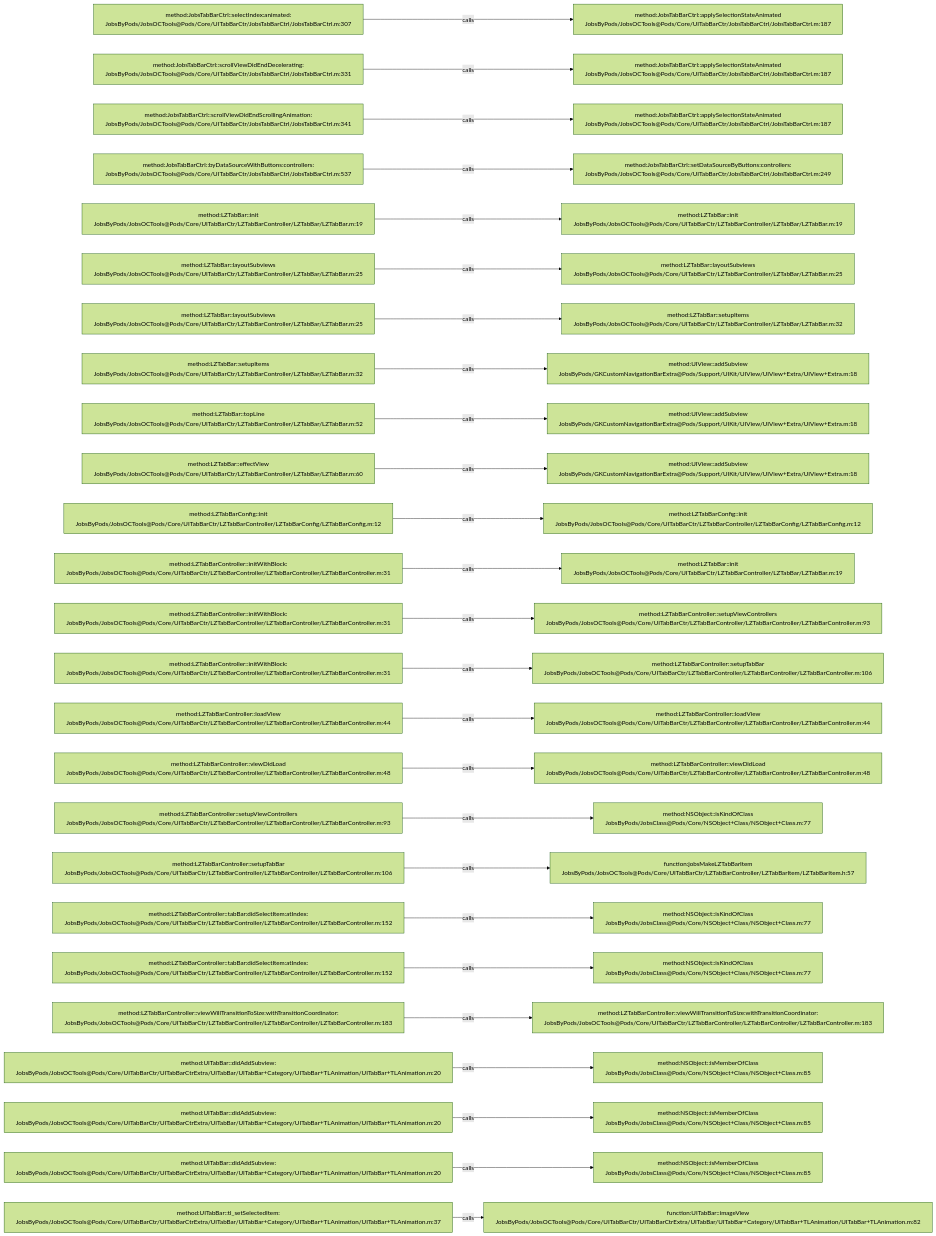
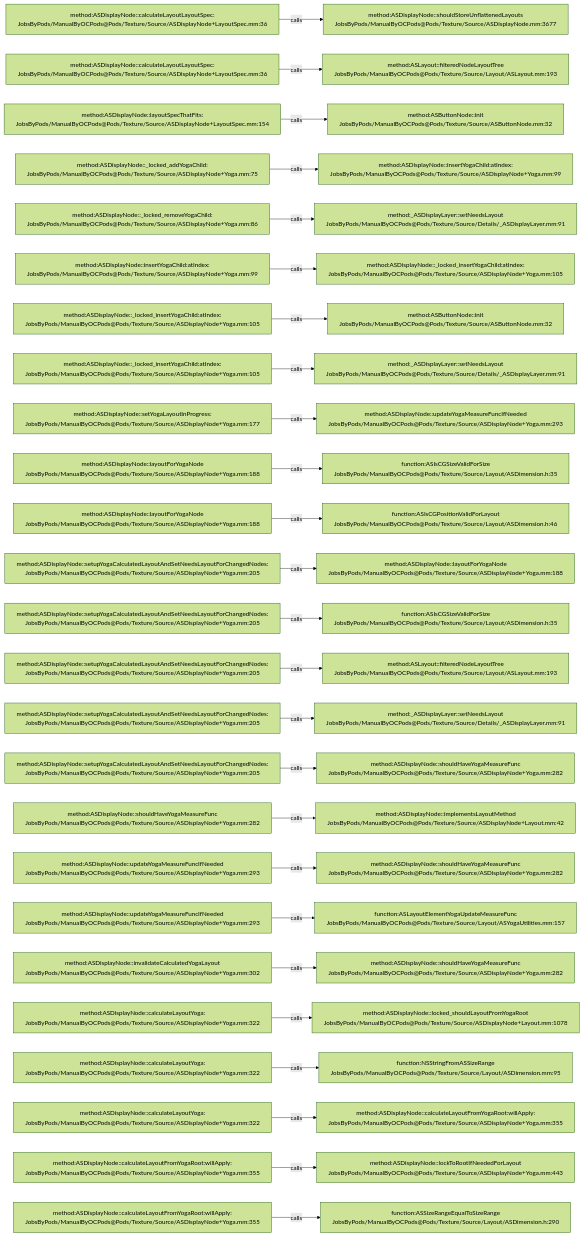
Before and after one commit to JobsKits/JobsOCBaseConfigDemo: the diagram in .codegraph/codegraph.md/graphs/calls-102.md, drawn with Mermaid (forest theme). The commit also changed 2162 other files, not shown here.

````diff
--- a/.codegraph/codegraph.md/graphs/calls-102.md
+++ b/.codegraph/codegraph.md/graphs/calls-102.md
@@ -13,78 +13,78 @@
 ```mermaid
 flowchart LR
-  S1["method:JobsTabBarCtrl::selectIndex:animated:<br/>JobsByPods/JobsOCTools@Pods/Core/UITabBarCtr/JobsTabBarCtrl/JobsTabBarCtrl.m:307"]
-  T1["method:JobsTabBarCtrl::applySelectionStateAnimated<br/>JobsByPods/JobsOCTools@Pods/Core/UITabBarCtr/JobsTabBarCtrl/JobsTabBarCtrl.m:187"]
+  S1["method:ASDisplayNode::calculateLayoutLayoutSpec:<br/>JobsByPods/ManualByOCPods@Pods/Texture/Source/ASDisplayNode+LayoutSpec.mm:36"]
+  T1["method:ASDisplayNode::shouldStoreUnflattenedLayouts<br/>JobsByPods/ManualByOCPods@Pods/Texture/Source/ASDisplayNode.mm:3677"]
   S1 -->|calls| T1
-  S2["method:JobsTabBarCtrl::scrollViewDidEndDecelerating:<br/>JobsByPods/JobsOCTools@Pods/Core/UITabBarCtr/JobsTabBarCtrl/JobsTabBarCtrl.m:331"]
-  T2["method:JobsTabBarCtrl::applySelectionStateAnimated<br/>JobsByPods/JobsOCTools@Pods/Core/UITabBarCtr/JobsTabBarCtrl/JobsTabBarCtrl.m:187"]
+  S2["method:ASDisplayNode::calculateLayoutLayoutSpec:<br/>JobsByPods/ManualByOCPods@Pods/Texture/Source/ASDisplayNode+LayoutSpec.mm:36"]
+  T2["method:ASLayout::filteredNodeLayoutTree<br/>JobsByPods/ManualByOCPods@Pods/Texture/Source/Layout/ASLayout.mm:193"]
   S2 -->|calls| T2
-  S3["method:JobsTabBarCtrl::scrollViewDidEndScrollingAnimation:<br/>JobsByPods/JobsOCTools@Pods/Core/UITabBarCtr/JobsTabBarCtrl/JobsTabBarCtrl.m:341"]
-  T3["method:JobsTabBarCtrl::applySelectionStateAnimated<br/>JobsByPods/JobsOCTools@Pods/Core/UITabBarCtr/JobsTabBarCtrl/JobsTabBarCtrl.m:187"]
+  S3["method:ASDisplayNode::layoutSpecThatFits:<br/>JobsByPods/ManualByOCPods@Pods/Texture/Source/ASDisplayNode+LayoutSpec.mm:154"]
+  T3["method:ASButtonNode::init<br/>JobsByPods/ManualByOCPods@Pods/Texture/Source/ASButtonNode.mm:32"]
   S3 -->|calls| T3
-  S4["method:JobsTabBarCtrl::byDataSourceWithButtons:controllers:<br/>JobsByPods/JobsOCTools@Pods/Core/UITabBarCtr/JobsTabBarCtrl/JobsTabBarCtrl.m:537"]
-  T4["method:JobsTabBarCtrl::setDataSourceByButtons:controllers:<br/>JobsByPods/JobsOCTools@Pods/Core/UITabBarCtr/JobsTabBarCtrl/JobsTabBarCtrl.m:249"]
+  S4["method:ASDisplayNode::_locked_addYogaChild:<br/>JobsByPods/ManualByOCPods@Pods/Texture/Source/ASDisplayNode+Yoga.mm:75"]
+  T4["method:ASDisplayNode::insertYogaChild:atIndex:<br/>JobsByPods/ManualByOCPods@Pods/Texture/Source/ASDisplayNode+Yoga.mm:99"]
   S4 -->|calls| T4
-  S5["method:LZTabBar::init<br/>JobsByPods/JobsOCTools@Pods/Core/UITabBarCtr/LZTabBarController/LZTabBar/LZTabBar.m:19"]
-  T5["method:LZTabBar::init<br/>JobsByPods/JobsOCTools@Pods/Core/UITabBarCtr/LZTabBarController/LZTabBar/LZTabBar.m:19"]
+  S5["method:ASDisplayNode::_locked_removeYogaChild:<br/>JobsByPods/ManualByOCPods@Pods/Texture/Source/ASDisplayNode+Yoga.mm:86"]
+  T5["method:_ASDisplayLayer::setNeedsLayout<br/>JobsByPods/ManualByOCPods@Pods/Texture/Source/Details/_ASDisplayLayer.mm:91"]
   S5 -->|calls| T5
-  S6["method:LZTabBar::layoutSubviews<br/>JobsByPods/JobsOCTools@Pods/Core/UITabBarCtr/LZTabBarController/LZTabBar/LZTabBar.m:25"]
-  T6["method:LZTabBar::layoutSubviews<br/>JobsByPods/JobsOCTools@Pods/Core/UITabBarCtr/LZTabBarController/LZTabBar/LZTabBar.m:25"]
+  S6["method:ASDisplayNode::insertYogaChild:atIndex:<br/>JobsByPods/ManualByOCPods@Pods/Texture/Source/ASDisplayNode+Yoga.mm:99"]
+  T6["method:ASDisplayNode::_locked_insertYogaChild:atIndex:<br/>JobsByPods/ManualByOCPods@Pods/Texture/Source/ASDisplayNode+Yoga.mm:105"]
   S6 -->|calls| T6
-  S7["method:LZTabBar::layoutSubviews<br/>JobsByPods/JobsOCTools@Pods/Core/UITabBarCtr/LZTabBarController/LZTabBar/LZTabBar.m:25"]
-  T7["method:LZTabBar::setupItems<br/>JobsByPods/JobsOCTools@Pods/Core/UITabBarCtr/LZTabBarController/LZTabBar/LZTabBar.m:32"]
+  S7["method:ASDisplayNode::_locked_insertYogaChild:atIndex:<br/>JobsByPods/ManualByOCPods@Pods/Texture/Source/ASDisplayNode+Yoga.mm:105"]
+  T7["method:ASButtonNode::init<br/>JobsByPods/ManualByOCPods@Pods/Texture/Source/ASButtonNode.mm:32"]
   S7 -->|calls| T7
-  S8["method:LZTabBar::setupItems<br/>JobsByPods/JobsOCTools@Pods/Core/UITabBarCtr/LZTabBarController/LZTabBar/LZTabBar.m:32"]
-  T8["method:UIView::addSubview<br/>JobsByPods/GKCustomNavigationBarExtra@Pods/Support/UIKit/UIView/UIView+Extra/UIView+Extra.m:18"]
+  S8["method:ASDisplayNode::_locked_insertYogaChild:atIndex:<br/>JobsByPods/ManualByOCPods@Pods/Texture/Source/ASDisplayNode+Yoga.mm:105"]
+  T8["method:_ASDisplayLayer::setNeedsLayout<br/>JobsByPods/ManualByOCPods@Pods/Texture/Source/Details/_ASDisplayLayer.mm:91"]
   S8 -->|calls| T8
-  S9["method:LZTabBar::topLine<br/>JobsByPods/JobsOCTools@Pods/Core/UITabBarCtr/LZTabBarController/LZTabBar/LZTabBar.m:52"]
-  T9["method:UIView::addSubview<br/>JobsByPods/GKCustomNavigationBarExtra@Pods/Support/UIKit/UIView/UIView+Extra/UIView+Extra.m:18"]
+  S9["method:ASDisplayNode::setYogaLayoutInProgress:<br/>JobsByPods/ManualByOCPods@Pods/Texture/Source/ASDisplayNode+Yoga.mm:177"]
+  T9["method:ASDisplayNode::updateYogaMeasureFuncIfNeeded<br/>JobsByPods/ManualByOCPods@Pods/Texture/Source/ASDisplayNode+Yoga.mm:293"]
   S9 -->|calls| T9
-  S10["method:LZTabBar::effectView<br/>JobsByPods/JobsOCTools@Pods/Core/UITabBarCtr/LZTabBarController/LZTabBar/LZTabBar.m:60"]
-  T10["method:UIView::addSubview<br/>JobsByPods/GKCustomNavigationBarExtra@Pods/Support/UIKit/UIView/UIView+Extra/UIView+Extra.m:18"]
+  S10["method:ASDisplayNode::layoutForYogaNode<br/>JobsByPods/ManualByOCPods@Pods/Texture/Source/ASDisplayNode+Yoga.mm:188"]
+  T10["function:ASIsCGSizeValidForSize<br/>JobsByPods/ManualByOCPods@Pods/Texture/Source/Layout/ASDimension.h:35"]
   S10 -->|calls| T10
-  S11["method:LZTabBarConfig::init<br/>JobsByPods/JobsOCTools@Pods/Core/UITabBarCtr/LZTabBarController/LZTabBarConfig/LZTabBarConfig.m:12"]
-  T11["method:LZTabBarConfig::init<br/>JobsByPods/JobsOCTools@Pods/Core/UITabBarCtr/LZTabBarController/LZTabBarConfig/LZTabBarConfig.m:12"]
+  S11["method:ASDisplayNode::layoutForYogaNode<br/>JobsByPods/ManualByOCPods@Pods/Texture/Source/ASDisplayNode+Yoga.mm:188"]
+  T11["function:ASIsCGPositionValidForLayout<br/>JobsByPods/ManualByOCPods@Pods/Texture/Source/Layout/ASDimension.h:46"]
   S11 -->|calls| T11
-  S12["method:LZTabBarController::initWithBlock:<br/>JobsByPods/JobsOCTools@Pods/Core/UITabBarCtr/LZTabBarController/LZTabBarController/LZTabBarController.m:31"]
-  T12["method:LZTabBar::init<br/>JobsByPods/JobsOCTools@Pods/Core/UITabBarCtr/LZTabBarController/LZTabBar/LZTabBar.m:19"]
+  S12["method:ASDisplayNode::setupYogaCalculatedLayoutAndSetNeedsLayoutForChangedNodes:<br/>JobsByPods/ManualByOCPods@Pods/Texture/Source/ASDisplayNode+Yoga.mm:205"]
+  T12["method:ASDisplayNode::layoutForYogaNode<br/>JobsByPods/ManualByOCPods@Pods/Texture/Source/ASDisplayNode+Yoga.mm:188"]
   S12 -->|calls| T12
-  S13["method:LZTabBarController::initWithBlock:<br/>JobsByPods/JobsOCTools@Pods/Core/UITabBarCtr/LZTabBarController/LZTabBarController/LZTabBarController.m:31"]
-  T13["method:LZTabBarController::setupViewControllers<br/>JobsByPods/JobsOCTools@Pods/Core/UITabBarCtr/LZTabBarController/LZTabBarController/LZTabBarController.m:93"]
+  S13["method:ASDisplayNode::setupYogaCalculatedLayoutAndSetNeedsLayoutForChangedNodes:<br/>JobsByPods/ManualByOCPods@Pods/Texture/Source/ASDisplayNode+Yoga.mm:205"]
+  T13["function:ASIsCGSizeValidForSize<br/>JobsByPods/ManualByOCPods@Pods/Texture/Source/Layout/ASDimension.h:35"]
   S13 -->|calls| T13
-  S14["method:LZTabBarController::initWithBlock:<br/>JobsByPods/JobsOCTools@Pods/Core/UITabBarCtr/LZTabBarController/LZTabBarController/LZTabBarController.m:31"]
-  T14["method:LZTabBarController::setupTabBar<br/>JobsByPods/JobsOCTools@Pods/Core/UITabBarCtr/LZTabBarController/LZTabBarController/LZTabBarController.m:106"]
+  S14["method:ASDisplayNode::setupYogaCalculatedLayoutAndSetNeedsLayoutForChangedNodes:<br/>JobsByPods/ManualByOCPods@Pods/Texture/Source/ASDisplayNode+Yoga.mm:205"]
+  T14["method:ASLayout::filteredNodeLayoutTree<br/>JobsByPods/ManualByOCPods@Pods/Texture/Source/Layout/ASLayout.mm:193"]
   S14 -->|calls| T14
-  S15["method:LZTabBarController::loadView<br/>JobsByPods/JobsOCTools@Pods/Core/UITabBarCtr/LZTabBarController/LZTabBarController/LZTabBarController.m:44"]
-  T15["method:LZTabBarController::loadView<br/>JobsByPods/JobsOCTools@Pods/Core/UITabBarCtr/LZTabBarController/LZTabBarController/LZTabBarController.m:44"]
+  S15["method:ASDisplayNode::setupYogaCalculatedLayoutAndSetNeedsLayoutForChangedNodes:<br/>JobsByPods/ManualByOCPods@Pods/Texture/Source/ASDisplayNode+Yoga.mm:205"]
+  T15["method:_ASDisplayLayer::setNeedsLayout<br/>JobsByPods/ManualByOCPods@Pods/Texture/Source/Details/_ASDisplayLayer.mm:91"]
   S15 -->|calls| T15
-  S16["method:LZTabBarController::viewDidLoad<br/>JobsByPods/JobsOCTools@Pods/Core/UITabBarCtr/LZTabBarController/LZTabBarController/LZTabBarController.m:48"]
-  T16["method:LZTabBarController::viewDidLoad<br/>JobsByPods/JobsOCTools@Pods/Core/UITabBarCtr/LZTabBarController/LZTabBarController/LZTabBarController.m:48"]
+  S16["method:ASDisplayNode::setupYogaCalculatedLayoutAndSetNeedsLayoutForChangedNodes:<br/>JobsByPods/ManualByOCPods@Pods/Texture/Source/ASDisplayNode+Yoga.mm:205"]
+  T16["method:ASDisplayNode::shouldHaveYogaMeasureFunc<br/>JobsByPods/ManualByOCPods@Pods/Texture/Source/ASDisplayNode+Yoga.mm:282"]
   S16 -->|calls| T16
-  S17["method:LZTabBarController::setupViewControllers<br/>JobsByPods/JobsOCTools@Pods/Core/UITabBarCtr/LZTabBarController/LZTabBarController/LZTabBarController.m:93"]
-  T17["method:NSObject::isKindOfClass<br/>JobsByPods/JobsClass@Pods/Core/NSObject+Class/NSObject+Class.m:77"]
+  S17["method:ASDisplayNode::shouldHaveYogaMeasureFunc<br/>JobsByPods/ManualByOCPods@Pods/Texture/Source/ASDisplayNode+Yoga.mm:282"]
+  T17["method:ASDisplayNode::implementsLayoutMethod<br/>JobsByPods/ManualByOCPods@Pods/Texture/Source/ASDisplayNode+Layout.mm:42"]
   S17 -->|calls| T17
-  S18["method:LZTabBarController::setupTabBar<br/>JobsByPods/JobsOCTools@Pods/Core/UITabBarCtr/LZTabBarController/LZTabBarController/LZTabBarController.m:106"]
-  T18["function:jobsMakeLZTabBarItem<br/>JobsByPods/JobsOCTools@Pods/Core/UITabBarCtr/LZTabBarController/LZTabBarItem/LZTabBarItem.h:57"]
+  S18["method:ASDisplayNode::updateYogaMeasureFuncIfNeeded<br/>JobsByPods/ManualByOCPods@Pods/Texture/Source/ASDisplayNode+Yoga.mm:293"]
+  T18["method:ASDisplayNode::shouldHaveYogaMeasureFunc<br/>JobsByPods/ManualByOCPods@Pods/Texture/Source/ASDisplayNode+Yoga.mm:282"]
   S18 -->|calls| T18
-  S19["method:LZTabBarController::tabBar:didSelectItem:atIndex:<br/>JobsByPods/JobsOCTools@Pods/Core/UITabBarCtr/LZTabBarController/LZTabBarController/LZTabBarController.m:152"]
-  T19["method:NSObject::isKindOfClass<br/>JobsByPods/JobsClass@Pods/Core/NSObject+Class/NSObject+Class.m:77"]
+  S19["method:ASDisplayNode::updateYogaMeasureFuncIfNeeded<br/>JobsByPods/ManualByOCPods@Pods/Texture/Source/ASDisplayNode+Yoga.mm:293"]
+  T19["function:ASLayoutElementYogaUpdateMeasureFunc<br/>JobsByPods/ManualByOCPods@Pods/Texture/Source/Layout/ASYogaUtilities.mm:157"]
   S19 -->|calls| T19
-  S20["method:LZTabBarController::tabBar:didSelectItem:atIndex:<br/>JobsByPods/JobsOCTools@Pods/Core/UITabBarCtr/LZTabBarController/LZTabBarController/LZTabBarController.m:152"]
-  T20["method:NSObject::isKindOfClass<br/>JobsByPods/JobsClass@Pods/Core/NSObject+Class/NSObject+Class.m:77"]
+  S20["method:ASDisplayNode::invalidateCalculatedYogaLayout<br/>JobsByPods/ManualByOCPods@Pods/Texture/Source/ASDisplayNode+Yoga.mm:302"]
+  T20["method:ASDisplayNode::shouldHaveYogaMeasureFunc<br/>JobsByPods/ManualByOCPods@Pods/Texture/Source/ASDisplayNode+Yoga.mm:282"]
   S20 -->|calls| T20
-  S21["method:LZTabBarController::viewWillTransitionToSize:withTransitionCoordinator:<br/>JobsByPods/JobsOCTools@Pods/Core/UITabBarCtr/LZTabBarController/LZTabBarController/LZTabBarController.m:183"]
-  T21["method:LZTabBarController::viewWillTransitionToSize:withTransitionCoordinator:<br/>JobsByPods/JobsOCTools@Pods/Core/UITabBarCtr/LZTabBarController/LZTabBarController/LZTabBarController.m:183"]
+  S21["method:ASDisplayNode::calculateLayoutYoga:<br/>JobsByPods/ManualByOCPods@Pods/Texture/Source/ASDisplayNode+Yoga.mm:322"]
+  T21["method:ASDisplayNode::locked_shouldLayoutFromYogaRoot<br/>JobsByPods/ManualByOCPods@Pods/Texture/Source/ASDisplayNode+Layout.mm:1078"]
   S21 -->|calls| T21
-  S22["method:UITabBar::didAddSubview:<br/>JobsByPods/JobsOCTools@Pods/Core/UITabBarCtr/UITabBarCtrExtra/UITabBar/UITabBar+Category/UITabBar+TLAnimation/UITabBar+TLAnimation.m:20"]
-  T22["method:NSObject::isMemberOfClass<br/>JobsByPods/JobsClass@Pods/Core/NSObject+Class/NSObject+Class.m:85"]
+  S22["method:ASDisplayNode::calculateLayoutYoga:<br/>JobsByPods/ManualByOCPods@Pods/Texture/Source/ASDisplayNode+Yoga.mm:322"]
+  T22["function:NSStringFromASSizeRange<br/>JobsByPods/ManualByOCPods@Pods/Texture/Source/Layout/ASDimension.mm:95"]
   S22 -->|calls| T22
-  S23["method:UITabBar::didAddSubview:<br/>JobsByPods/JobsOCTools@Pods/Core/UITabBarCtr/UITabBarCtrExtra/UITabBar/UITabBar+Category/UITabBar+TLAnimation/UITabBar+TLAnimation.m:20"]
-  T23["method:NSObject::isMemberOfClass<br/>JobsByPods/JobsClass@Pods/Core/NSObject+Class/NSObject+Class.m:85"]
+  S23["method:ASDisplayNode::calculateLayoutYoga:<br/>JobsByPods/ManualByOCPods@Pods/Texture/Source/ASDisplayNode+Yoga.mm:322"]
+  T23["method:ASDisplayNode::calculateLayoutFromYogaRoot:willApply:<br/>JobsByPods/ManualByOCPods@Pods/Texture/Source/ASDisplayNode+Yoga.mm:355"]
   S23 -->|calls| T23
-  S24["method:UITabBar::didAddSubview:<br/>JobsByPods/JobsOCTools@Pods/Core/UITabBarCtr/UITabBarCtrExtra/UITabBar/UITabBar+Category/UITabBar+TLAnimation/UITabBar+TLAnimation.m:20"]
-  T24["method:NSObject::isMemberOfClass<br/>JobsByPods/JobsClass@Pods/Core/NSObject+Class/NSObject+Class.m:85"]
+  S24["method:ASDisplayNode::calculateLayoutFromYogaRoot:willApply:<br/>JobsByPods/ManualByOCPods@Pods/Texture/Source/ASDisplayNode+Yoga.mm:355"]
+  T24["method:ASDisplayNode::lockToRootIfNeededForLayout<br/>JobsByPods/ManualByOCPods@Pods/Texture/Source/ASDisplayNode+Yoga.mm:443"]
   S24 -->|calls| T24
-  S25["method:UITabBar::tl_setSelectedItem:<br/>JobsByPods/JobsOCTools@Pods/Core/UITabBarCtr/UITabBarCtrExtra/UITabBar/UITabBar+Category/UITabBar+TLAnimation/UITabBar+TLAnimation.m:37"]
-  T25["function:UITabBar::imageView<br/>JobsByPods/JobsOCTools@Pods/Core/UITabBarCtr/UITabBarCtrExtra/UITabBar/UITabBar+Category/UITabBar+TLAnimation/UITabBar+TLAnimation.m:82"]
+  S25["method:ASDisplayNode::calculateLayoutFromYogaRoot:willApply:<br/>JobsByPods/ManualByOCPods@Pods/Texture/Source/ASDisplayNode+Yoga.mm:355"]
+  T25["function:ASSizeRangeEqualToSizeRange<br/>JobsByPods/ManualByOCPods@Pods/Texture/Source/Layout/ASDimension.h:290"]
   S25 -->|calls| T25
 ```
````
